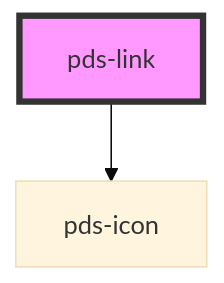
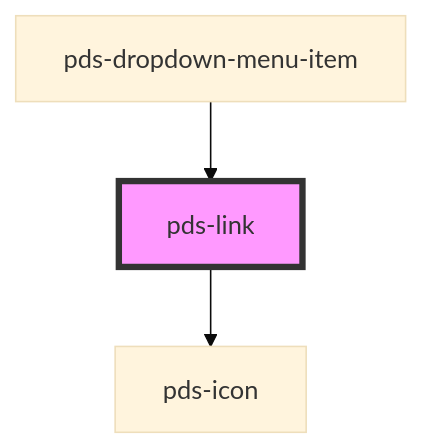
One commit to Kajabi/pine changed the diagram in libs/core/src/components/pds-link/readme.md. Above: the diagram before and after it, drawn with Mermaid (base theme). The commit also changed other lines of this file and 6 other files, not shown here.

Commit message:
docs(pds-dropdown): expand on the examples and th do's and don't

````diff
--- a/libs/core/src/components/pds-link/readme.md
+++ b/libs/core/src/components/pds-link/readme.md
@@ -40,5 +44,6 @@
 ```mermaid
 graph TD;
   pds-link --> pds-icon
+  pds-dropdown-menu-item --> pds-link
   style pds-link fill:#f9f,stroke:#333,stroke-width:4px
 ```
````
